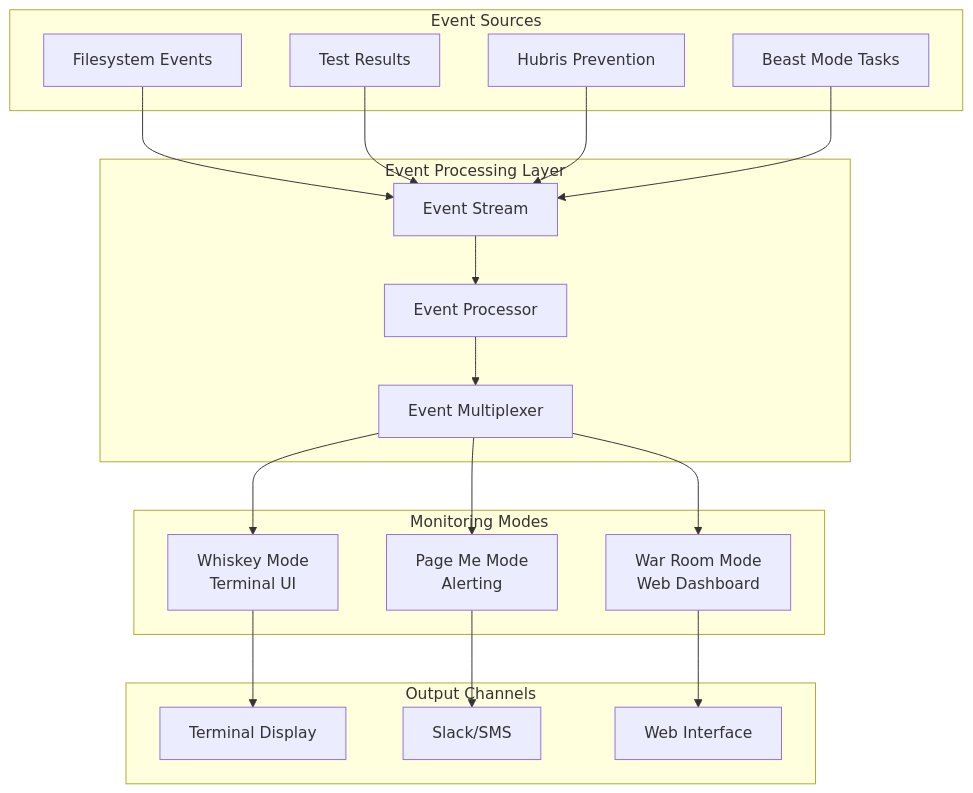
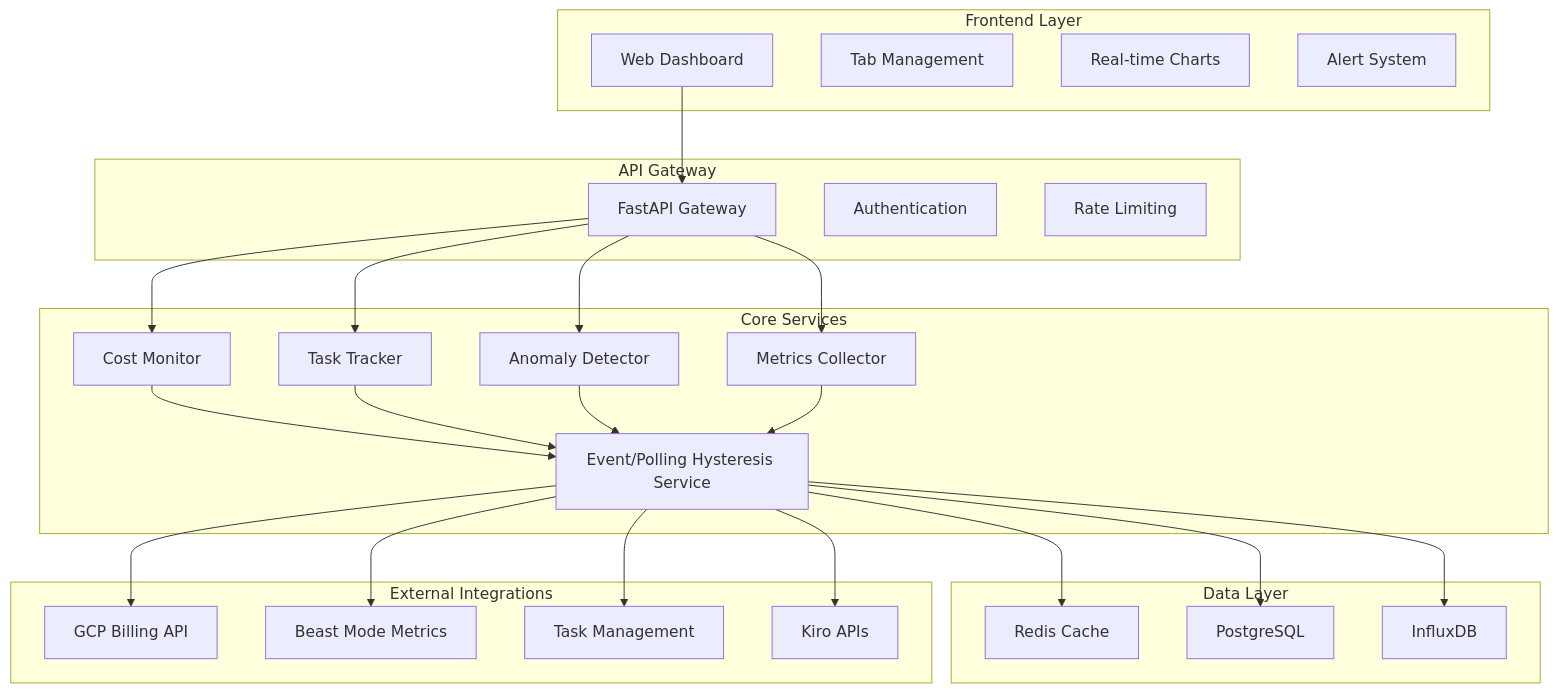
Before and after one commit to nkllon/kiro-ai-development-hackathon: the diagram in .kiro/specs/realtime-monitoring-dashboard/design.md, drawn with Mermaid. The commit also changed other lines of this file and 2098 other files, not shown here.

````diff
--- a/.kiro/specs/realtime-monitoring-dashboard/design.md
+++ b/.kiro/specs/realtime-monitoring-dashboard/design.md
@@ -11,43 +33,56 @@
 ```mermaid
 graph TB
-    subgraph "Event Sources"
-        FS[Filesystem Events]
-        TR[Test Results]
-        HP[Hubris Prevention]
-        BM[Beast Mode Tasks]
+    subgraph "Frontend Layer"
+        WEB[Web Dashboard]
+        TABS[Tab Management]
+        CHARTS[Real-time Charts]
+        ALERTS[Alert System]
     end
     
-    subgraph "Event Processing Layer"
-        ES[Event Stream]
-        EP[Event Processor]
-        EM[Event Multiplexer]
+    subgraph "API Gateway"
+        GATEWAY[FastAPI Gateway]
+        AUTH[Authentication]
+        RATE[Rate Limiting]
     end
     
-    subgraph "Monitoring Modes"
-        WM[Whiskey Mode<br/>Terminal UI]
-        PM[Page Me Mode<br/>Alerting]
-        WR[War Room Mode<br/>Web Dashboard]
+    subgraph "Core Services"
+        COST[Cost Monitor]
+        TASK[Task Tracker]
+        ANOMALY[Anomaly Detector]
+        METRICS[Metrics Collector]
+        HYSTERESIS[Event/Polling Hysteresis Service]
     end
     
-    subgraph "Output Channels"
-        TERM[Terminal Display]
-        SLACK[Slack/SMS]
-        WEB[Web Interface]
+    subgraph "Data Layer"
+        REDIS[Redis Cache]
+        POSTGRES[PostgreSQL]
+        TIMESERIES[InfluxDB]
     end
     
-    FS --> ES
-    TR --> ES
-    HP --> ES
-    BM --> ES
+    subgraph "External Integrations"
+        GCP[GCP Billing API]
+        BEAST[Beast Mode Metrics]
+        TASKS[Task Management]
+        KIRO[Kiro APIs]
+    end
     
-    ES --> EP
-    EP --> EM
+    WEB --> GATEWAY
+    GATEWAY --> COST
+    GATEWAY --> TASK
+    GATEWAY --> ANOMALY
+    GATEWAY --> METRICS
     
-    EM --> WM
-    EM --> PM
-    EM --> WR
+    COST --> HYSTERESIS
+    TASK --> HYSTERESIS
+    ANOMALY --> HYSTERESIS
+    METRICS --> HYSTERESIS
     
-    WM --> TERM
-    PM --> SLACK
-    WR --> WEB
+    HYSTERESIS --> REDIS
+    HYSTERESIS --> TIMESERIES
+    HYSTERESIS --> POSTGRES
+    
+    HYSTERESIS --> GCP
+    HYSTERESIS --> TASKS
+    HYSTERESIS --> BEAST
+    HYSTERESIS --> KIRO
 ```
````
